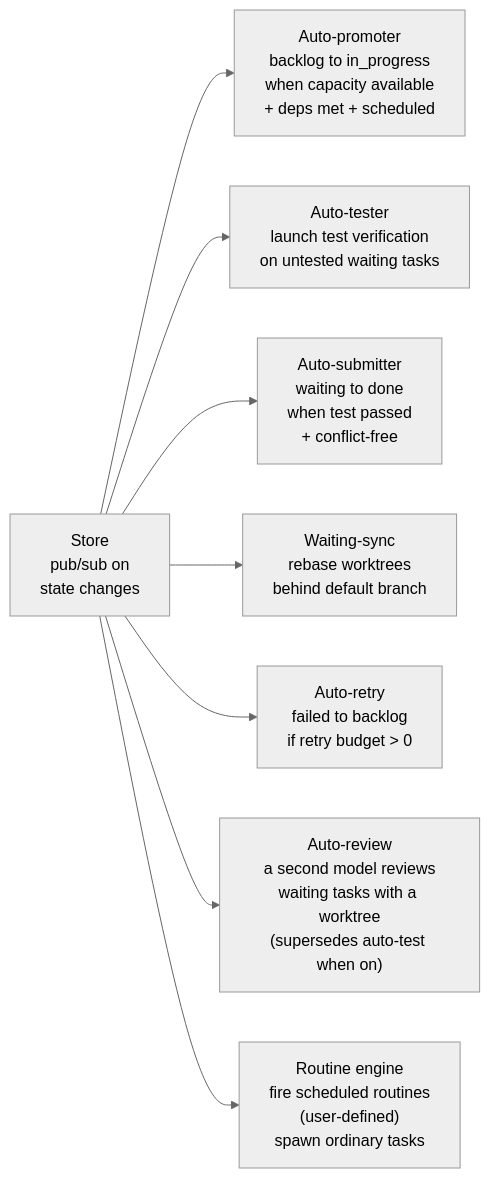
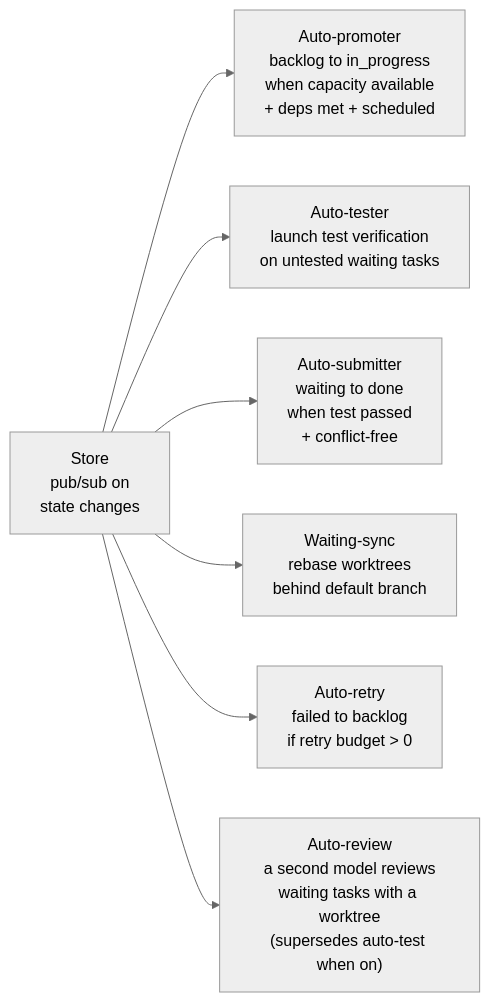
The third of 5 diagrams in docs/internals/architecture.md (changkun/wallfacer), drawn with Mermaid (neutral theme) before and after one commit. The commit also changed other lines of this file and 40 other files, not shown here.

Commit message:
routines: remove the scheduler, its routes, the routine task fields and their docs; a stored routine card stays on disk unread

````diff
--- a/docs/internals/architecture.md
+++ b/docs/internals/architecture.md
@@ -99,12 +99,11 @@
 ```mermaid
 flowchart LR
     PubSub["Store<br/>pub/sub on<br/>state changes"]
 
     PubSub --> Promoter["Auto-promoter<br/>backlog to in_progress<br/>when capacity available<br/>+ deps met + scheduled"]
     PubSub --> Tester["Auto-tester<br/>launch test verification<br/>on untested waiting tasks"]
     PubSub --> Submitter["Auto-submitter<br/>waiting to done<br/>when test passed<br/>+ conflict-free"]
     PubSub --> Sync["Waiting-sync<br/>rebase worktrees<br/>behind default branch"]
     PubSub --> Retry["Auto-retry<br/>failed to backlog<br/>if retry budget > 0"]
     PubSub --> Review["Auto-review<br/>a second model reviews<br/>waiting tasks with a worktree<br/>(supersedes auto-test when on)"]
-    PubSub --> Routines["Routine engine<br/>fire scheduled routines<br/>(user-defined)<br/>spawn ordinary tasks"]
 ```
````
